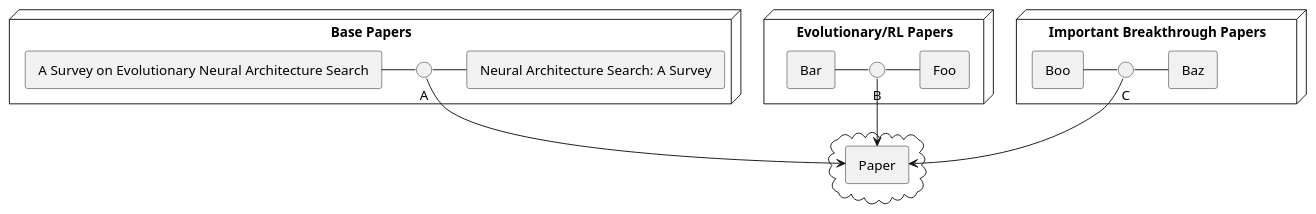
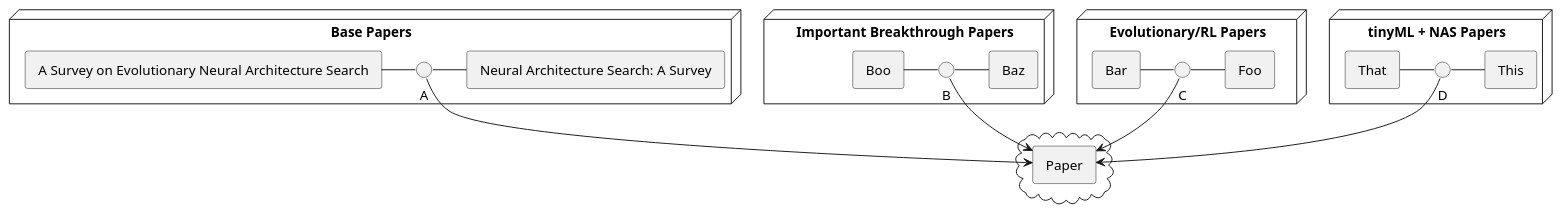
One commit to duclos-cavalcanti/tum-msei-seminar changed the diagram in README.md. Above: the diagram before and after it, drawn with PlantUML. The commit also changed other lines of this file and 2 other files, not shown here.

````diff
--- a/README.md
+++ b/README.md
@@ -414,31 +414,38 @@
 ```plantuml
 
 @startuml
 skinparam componentStyle rectangle
 
 node "Base Papers" {
     A - [ Neural Architecture Search: A Survey ]
     [ A Survey on Evolutionary Neural Architecture Search ] - A
  }
 
-node "Evolutionary/RL Papers" {
-    B - [ Foo ]
-    [ Bar ] - B
+node "Important Breakthrough Papers" {
+    B - [ Baz ]
+    [ Boo ] - B
  }
 
-node "Important Breakthrough Papers" {
-    C - [ Baz ]
-    [ Boo ] - C
+node "Evolutionary/RL Papers" {
+    C - [ Foo ]
+    [ Bar ] - C
  }
+
+node "tinyML + NAS Papers" {
+    D - [ This ]
+    [ That ] - D
+ }
+
 
 cloud {
      [ Paper ]
 }
 
 A --> [ Paper ]
 B --> [ Paper ]
 C --> [ Paper ]
+D --> [ Paper ]
 
 @enduml
 
 ```
````
